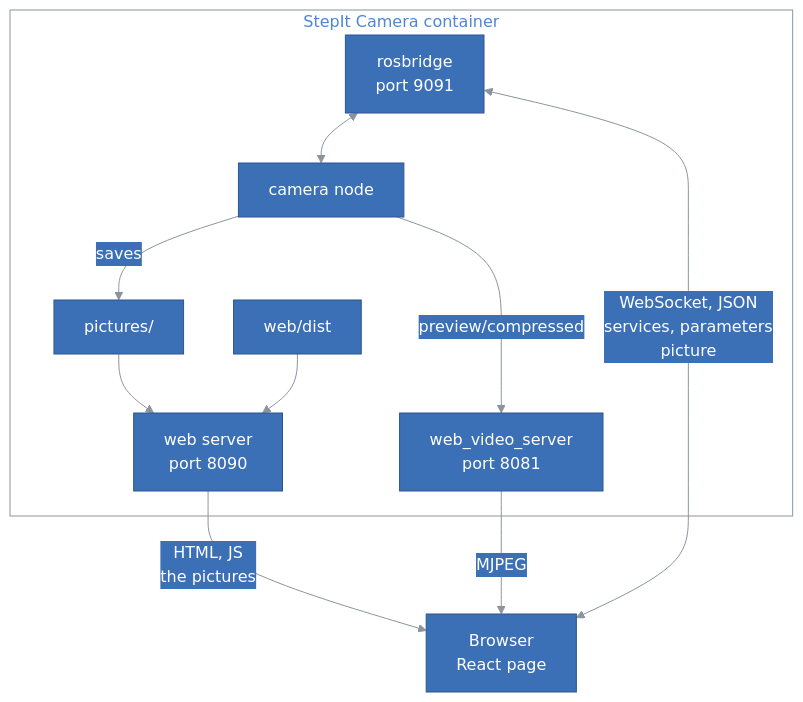
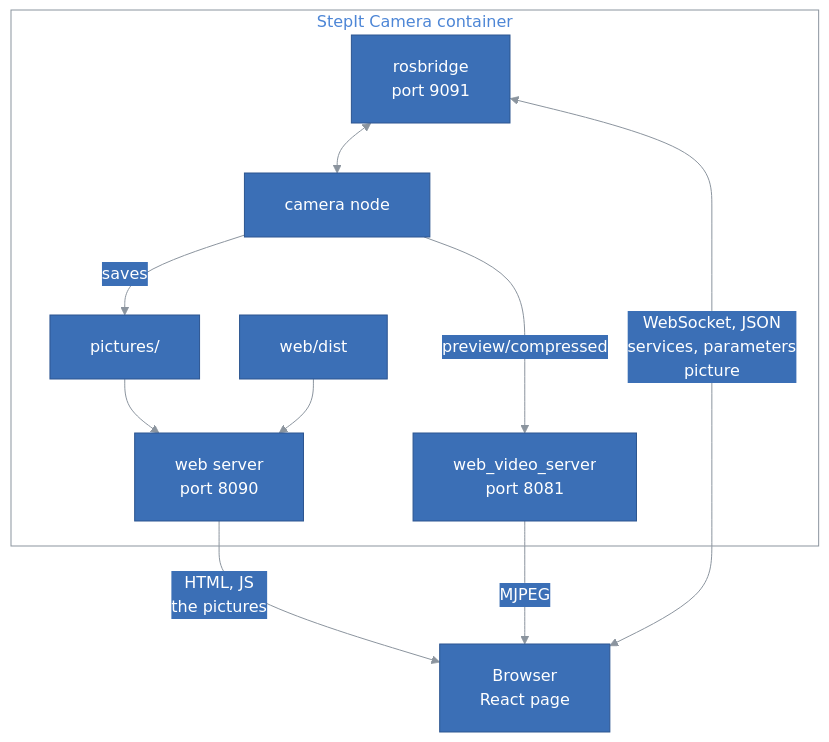
One commit to kineticsystem/stepit-camera changed the first of 2 diagrams in docs/WEB_PAGE.md. Above: the diagram before and after it, drawn with Mermaid. The commit also changed other lines of this file and 1 other file, not shown here.

Commit message:
Keep the diagrams in the StepIt style in the VS Code preview, with room
The VS Code preview sets mainBkg, nodeBorder and the secondary and
tertiary colors from its own theme, which filled the class diagram with
the editor's colors: the diagrams now set those too. They also leave more
room around the text of each box, and between boxes.

````diff
--- a/docs/WEB_PAGE.md
+++ b/docs/WEB_PAGE.md
@@ -28,45 +28,66 @@
 ```mermaid
 ---
 config:
   theme: base
+  flowchart:
+    padding: 20
+    nodeSpacing: 40
+    rankSpacing: 50
+  class:
+    padding: 16
+  sequence:
+    boxMargin: 12
+    boxTextMargin: 8
+    noteMargin: 16
+    messageMargin: 40
+    actorMargin: 60
   themeVariables:
     primaryColor: "#3b6fb6"
     primaryTextColor: "#ffffff"
     primaryBorderColor: "#2c5590"
     lineColor: "#8b949e"
     textColor: "#4d86d6"
     actorBkg: "#3b6fb6"
     actorBorder: "#2c5590"
     actorTextColor: "#ffffff"
     actorLineColor: "#8b949e"
     signalColor: "#8b949e"
     signalTextColor: "#4d86d6"
     noteBkgColor: "#3b6fb6"
     noteTextColor: "#ffffff"
     noteBorderColor: "#2c5590"
     secondaryColor: "#3b6fb6"
     tertiaryColor: "#3b6fb6"
     clusterBkg: "transparent"
     clusterBorder: "#8b949e"
     titleColor: "#4d86d6"
     edgeLabelBackground: "#3b6fb6"
     classText: "#ffffff"
     labelBoxBkgColor: "#3b6fb6"
     labelBoxBorderColor: "#2c5590"
     labelTextColor: "#ffffff"
     loopTextColor: "#4d86d6"
+    mainBkg: "#3b6fb6"
+    nodeBorder: "#2c5590"
+    nodeTextColor: "#ffffff"
+    secondaryBorderColor: "#2c5590"
+    secondaryTextColor: "#ffffff"
+    tertiaryBorderColor: "#2c5590"
+    tertiaryTextColor: "#ffffff"
+    errorBkgColor: "#3b6fb6"
+    errorTextColor: "#ffffff"
 ---
 flowchart TB
     subgraph Container["StepIt Camera container"]
         Node["camera node"] -- "saves" --> Folder["pictures/"]
         Node -- "preview/compressed" --> Video["web_video_server<br/>port 8081"]
         Bridge["rosbridge<br/>port 9091"] <--> Node
         Folder --> Web["web server<br/>port 8090"]
         Dist["web/dist"] --> Web
     end
     Web -- "HTML, JS<br/>the pictures" --> Browser["Browser<br/>React page"]
     Bridge <-- "WebSocket, JSON<br/>services, parameters<br/>picture" --> Browser
     Video -- "MJPEG" --> Browser
 
     classDef default fill:#3b6fb6,stroke:#2c5590,color:#ffffff
 ```
````
